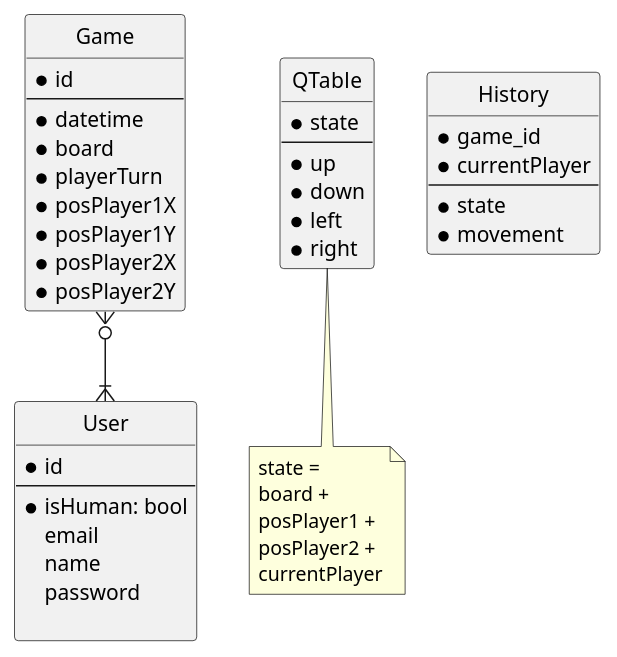
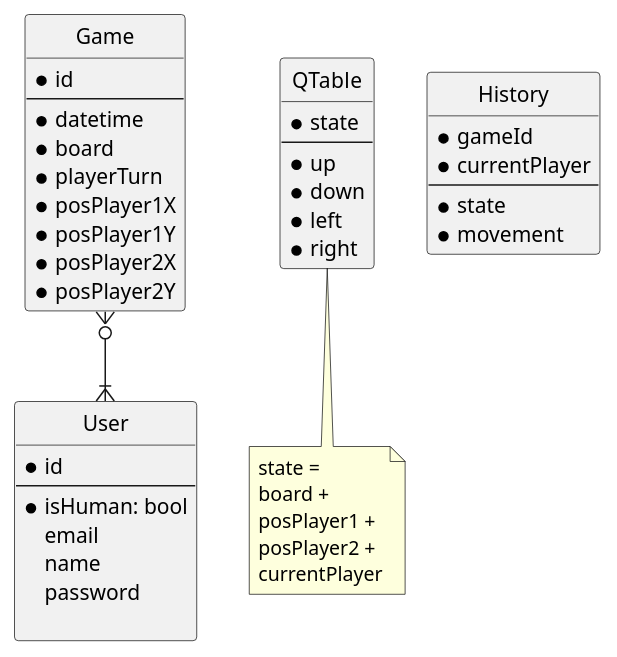
Before and after one commit to vsantele/IG3-projet-ia: the diagram in schema/DB.puml, drawn with PlantUML. The commit also changed 3 other files, not shown here.

```diff
--- a/schema/DB.puml
+++ b/schema/DB.puml
@@ -1,66 +1,66 @@
 @startuml database
 
 hide circle
 
 entity Game{
     *id
     --
     *datetime
     *board
     *playerTurn
     *posPlayer1X
     *posPlayer1Y
     *posPlayer2X
     *posPlayer2Y
 }
 
 
 entity User{
     *id
     --
     *isHuman: bool
     email
     name
     password
 
 }
 
 entity QTable {
     *state
     --
     *up
     *down
     *left
     *right
 }
 note bottom
 state =
 board +
 posPlayer1 +
 posPlayer2 +
 currentPlayer
 end note
 
 entity History {
-    *game_id
+    *gameId
     *currentPlayer
     --
     *state
     *movement
 }
 
 
 Game }o--|{ User
 ' note left
 ' à voir si on garde le
 ' Many To Many
 ' pour les relations
 ' --
 ' joachim :
 ' oui puisqu'on aura toujours
 ' soit 2 joueurs l'un contre l'autre -> 2
 ' soit 1 joueur contre ia -> 1
 ' soit 2 ia -> 0
 ' end note
 
 @enduml
```
